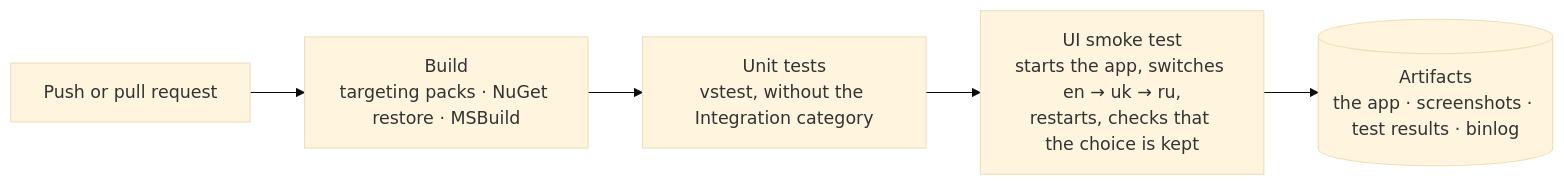
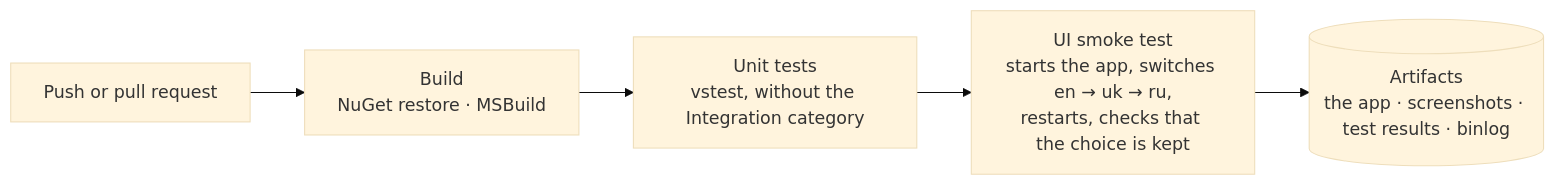
One commit to METACMETAHA/IntegrationSolution changed the diagram in docs/development.md. Above: the diagram before and after it, drawn with Mermaid (base theme). The commit also changed other lines of this file and 5 other files, not shown here.

````diff
--- a/docs/development.md
+++ b/docs/development.md
@@ -52,7 +48,7 @@
 ```mermaid
 flowchart LR
-    PR[Push or pull request] --> Build["Build<br/>targeting packs · NuGet restore · MSBuild"]
+    PR[Push or pull request] --> Build["Build<br/>NuGet restore · MSBuild"]
     Build --> Unit["Unit tests<br/>vstest, without the Integration category"]
     Unit --> Smoke["UI smoke test<br/>starts the app, switches en → uk → ru,<br/>restarts, checks that the choice is kept"]
     Smoke --> Art[("Artifacts<br/>the app · screenshots · test results · binlog")]
 ```
````
